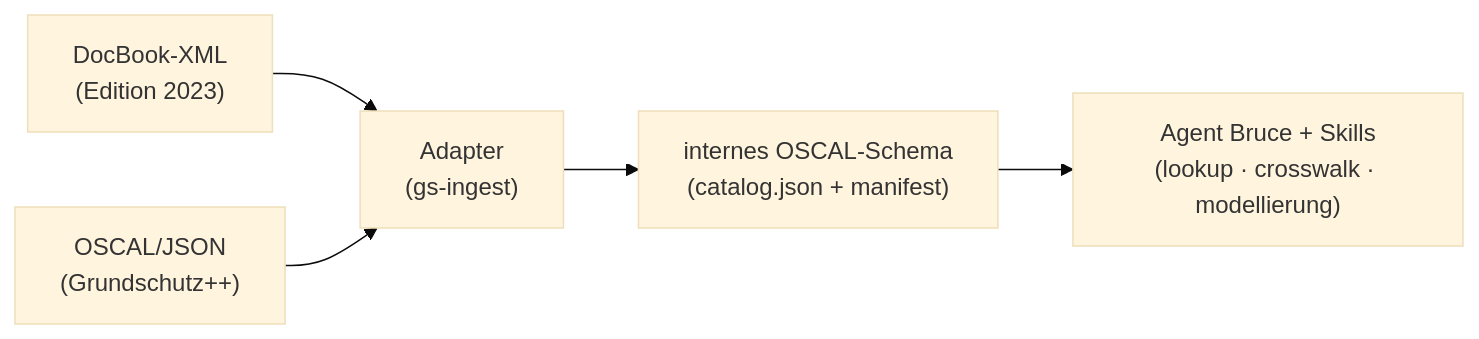
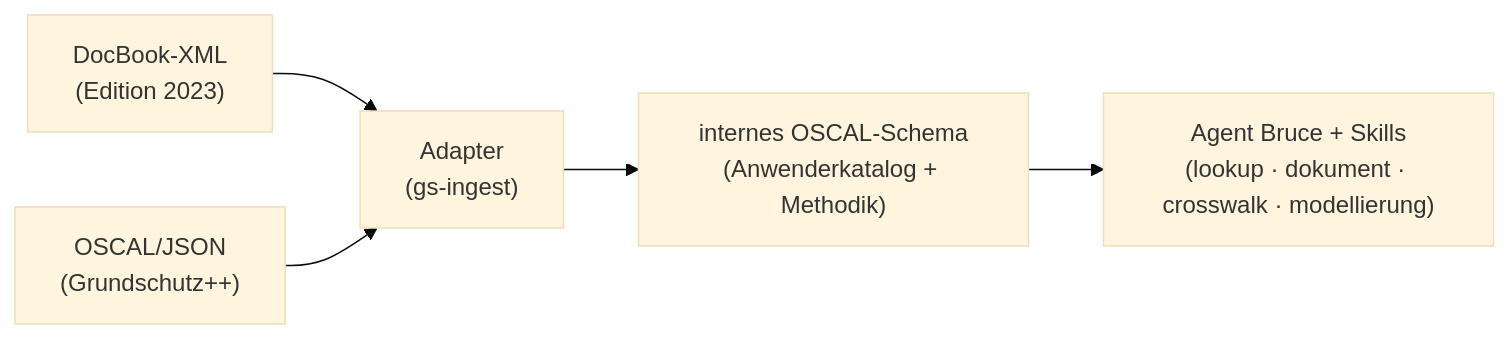
Before and after one commit to muhackel/claude-code-plugins: the diagram in plugins/it-grundschutz/README.md, drawn with Mermaid (base theme). The commit also changed other lines of this file and 11 other files, not shown here.

First line of the commit message:
feat(it-grundschutz): Methodik-Ebene + Dokument-Skill fuer Bruce

````diff
--- a/plugins/it-grundschutz/README.md
+++ b/plugins/it-grundschutz/README.md
@@ -19,7 +19,7 @@
 ```mermaid
 flowchart LR
     A["DocBook-XML<br/>(Edition 2023)"] --> ADAPTER
     B["OSCAL/JSON<br/>(Grundschutz++)"] --> ADAPTER
-    ADAPTER["Adapter<br/>(gs-ingest)"] --> SCHEMA["internes OSCAL-Schema<br/>(catalog.json + manifest)"]
-    SCHEMA --> LOGIK["Agent Bruce + Skills<br/>(lookup · crosswalk · modellierung)"]
+    ADAPTER["Adapter<br/>(gs-ingest)"] --> SCHEMA["internes OSCAL-Schema<br/>(Anwenderkatalog + Methodik)"]
+    SCHEMA --> LOGIK["Agent Bruce + Skills<br/>(lookup · dokument · crosswalk · modellierung)"]
 ```
````
